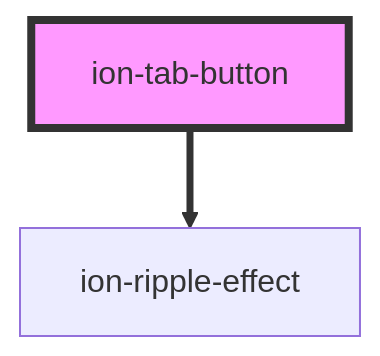
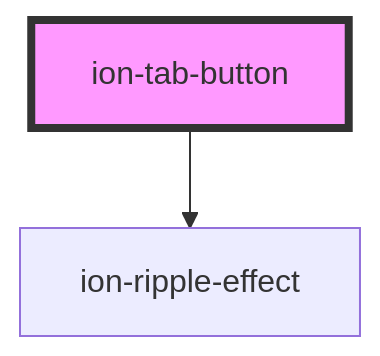
One commit to ionic-team/ionic-framework changed the diagram in core/src/components/tab-button/readme.md. Above: the diagram before and after it, drawn with Mermaid. The commit also changed 39 other files, not shown here.

````diff
--- a/core/src/components/tab-button/readme.md
+++ b/core/src/components/tab-button/readme.md
@@ -195,5 +195,5 @@
 ```mermaid
 graph TD;
-  ion-tab-button ==> ion-ripple-effect
+  ion-tab-button --> ion-ripple-effect
   style ion-tab-button fill:#f9f,stroke:#333,stroke-width:4px
 ```
````
